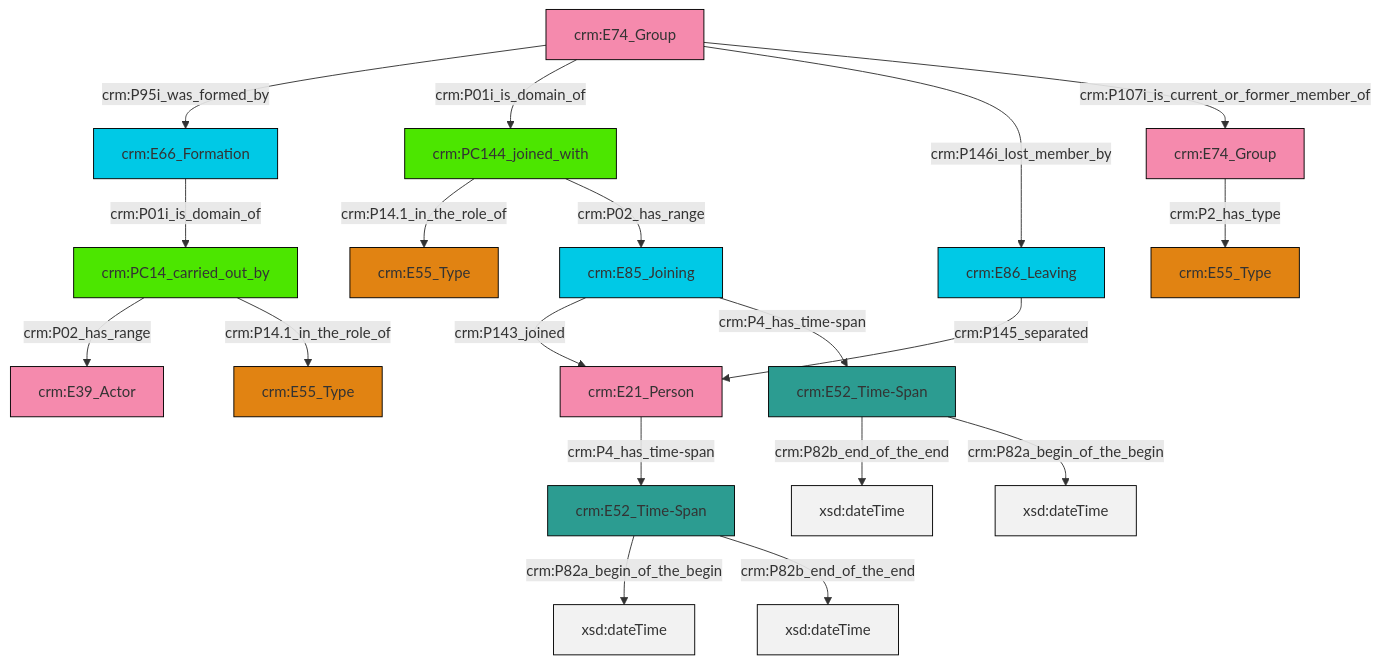
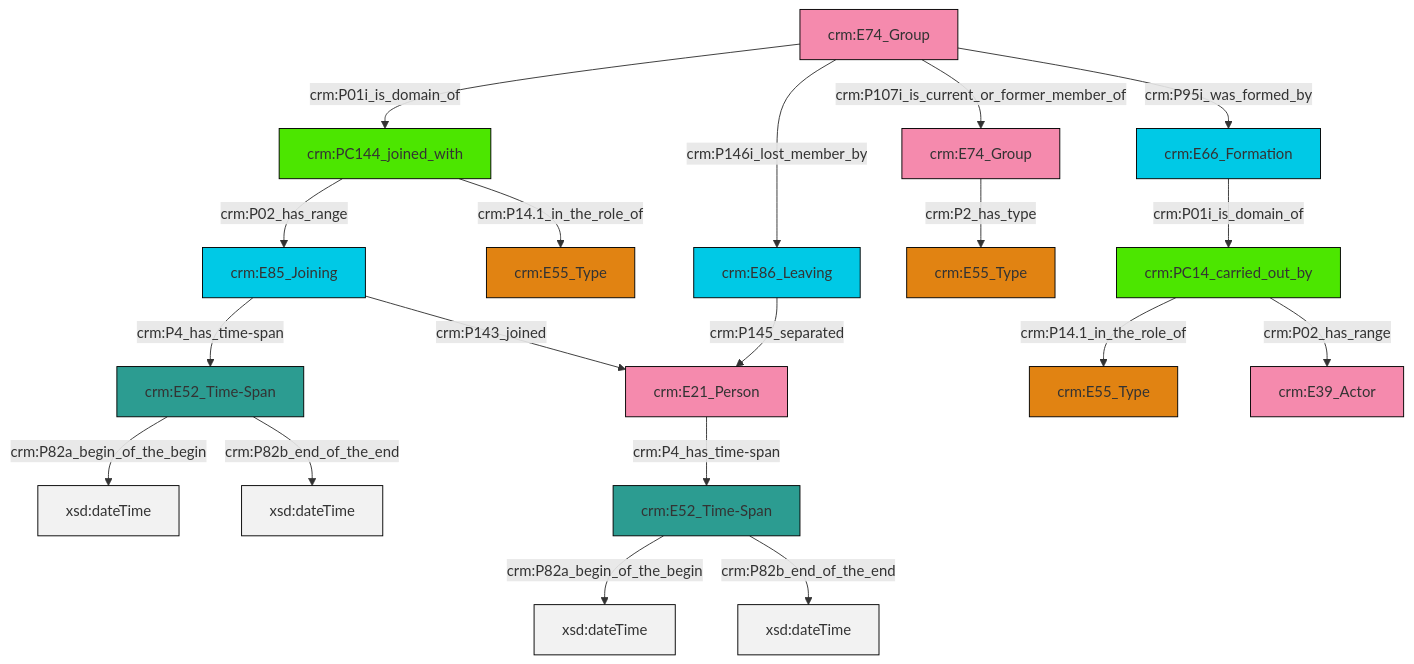
Before and after one commit to swiss-art-research-net/docs.swissartresearch: the diagram in et/groupCSV/ttl/mmd/group_actor_relations.ttl.mmd, drawn with Mermaid. The commit also changed 210 other files, not shown here.

```diff
--- a/et/groupCSV/ttl/mmd/group_actor_relations.ttl.mmd
+++ b/et/groupCSV/ttl/mmd/group_actor_relations.ttl.mmd
@@ -1,33 +1,33 @@
 graph TD
 classDef Literal fill:#f2f2f2,stroke:#000000;
 classDef CRM_Entity fill:#FFFFFF,stroke:#000000;
 classDef Temporal_Entity fill:#00C9E6, stroke:#000000;
 classDef Type fill:#E18312, stroke:#000000;
 classDef Time-Span fill:#2C9C91, stroke:#000000;
 classDef Appellation fill:#FFEB7F, stroke:#000000;
 classDef Place fill:#008836, stroke:#000000;
 classDef Persistent_Item fill:#B266B2, stroke:#000000;
 classDef Conceptual_Object fill:#FFD700, stroke:#000000;
 classDef Physical_Thing fill:#D2B48C, stroke:#000000;
 classDef Actor fill:#f58aad, stroke:#000000;
 classDef PC_Classes fill:#4ce600, stroke:#000000;
 classDef Multi fill:#cccccc,stroke:#000000;
 
-4["crm:E74_Group"]:::Actor -->|crm:P95i_was_formed_by| 5["crm:E66_Formation"]:::Temporal_Entity
-2["crm:PC14_carried_out_by"]:::PC_Classes -->|crm:P02_has_range| 9["crm:E39_Actor"]:::Actor
-10["crm:E86_Leaving"]:::Temporal_Entity -->|crm:P145_separated| 0["crm:E21_Person"]:::Actor
-4["crm:E74_Group"]:::Actor -->|crm:P01i_is_domain_of| 13["crm:PC144_joined_with"]:::PC_Classes
-14["crm:E74_Group"]:::Actor -->|crm:P2_has_type| 15["crm:E55_Type"]:::Type
-13["crm:PC144_joined_with"]:::PC_Classes -->|crm:P14.1_in_the_role_of| 16["crm:E55_Type"]:::Type
-2["crm:PC14_carried_out_by"]:::PC_Classes -->|crm:P14.1_in_the_role_of| 20["crm:E55_Type"]:::Type
-6["crm:E85_Joining"]:::Temporal_Entity -->|crm:P143_joined| 0["crm:E21_Person"]:::Actor
-21["crm:E52_Time-Span"]:::Time-Span -->|crm:P82b_end_of_the_end| 22[xsd:dateTime]:::Literal
-0["crm:E21_Person"]:::Actor -->|crm:P4_has_time-span| 23["crm:E52_Time-Span"]:::Time-Span
-23["crm:E52_Time-Span"]:::Time-Span -->|crm:P82a_begin_of_the_begin| 26[xsd:dateTime]:::Literal
-4["crm:E74_Group"]:::Actor -->|crm:P146i_lost_member_by| 10["crm:E86_Leaving"]:::Temporal_Entity
-21["crm:E52_Time-Span"]:::Time-Span -->|crm:P82a_begin_of_the_begin| 27[xsd:dateTime]:::Literal
-5["crm:E66_Formation"]:::Temporal_Entity -->|crm:P01i_is_domain_of| 2["crm:PC14_carried_out_by"]:::PC_Classes
-6["crm:E85_Joining"]:::Temporal_Entity -->|crm:P4_has_time-span| 21["crm:E52_Time-Span"]:::Time-Span
-4["crm:E74_Group"]:::Actor -->|crm:P107i_is_current_or_former_member_of| 14["crm:E74_Group"]:::Actor
-13["crm:PC144_joined_with"]:::PC_Classes -->|crm:P02_has_range| 6["crm:E85_Joining"]:::Temporal_Entity
-23["crm:E52_Time-Span"]:::Time-Span -->|crm:P82b_end_of_the_end| 33[xsd:dateTime]:::Literal
+0["crm:E52_Time-Span"]:::Time-Span -->|crm:P82a_begin_of_the_begin| 1[xsd:dateTime]:::Literal
+4["crm:E21_Person"]:::Actor -->|crm:P4_has_time-span| 0["crm:E52_Time-Span"]:::Time-Span
+11["crm:E52_Time-Span"]:::Time-Span -->|crm:P82a_begin_of_the_begin| 12[xsd:dateTime]:::Literal
+5["crm:PC14_carried_out_by"]:::PC_Classes -->|crm:P14.1_in_the_role_of| 7["crm:E55_Type"]:::Type
+16["crm:E74_Group"]:::Actor -->|crm:P2_has_type| 17["crm:E55_Type"]:::Type
+18["crm:E85_Joining"]:::Temporal_Entity -->|crm:P4_has_time-span| 11["crm:E52_Time-Span"]:::Time-Span
+14["crm:PC144_joined_with"]:::PC_Classes -->|crm:P02_has_range| 18["crm:E85_Joining"]:::Temporal_Entity
+20["crm:E74_Group"]:::Actor -->|crm:P01i_is_domain_of| 14["crm:PC144_joined_with"]:::PC_Classes
+20["crm:E74_Group"]:::Actor -->|crm:P146i_lost_member_by| 22["crm:E86_Leaving"]:::Temporal_Entity
+27["crm:E66_Formation"]:::Temporal_Entity -->|crm:P01i_is_domain_of| 5["crm:PC14_carried_out_by"]:::PC_Classes
+5["crm:PC14_carried_out_by"]:::PC_Classes -->|crm:P02_has_range| 2["crm:E39_Actor"]:::Actor
+22["crm:E86_Leaving"]:::Temporal_Entity -->|crm:P145_separated| 4["crm:E21_Person"]:::Actor
+14["crm:PC144_joined_with"]:::PC_Classes -->|crm:P14.1_in_the_role_of| 9["crm:E55_Type"]:::Type
+0["crm:E52_Time-Span"]:::Time-Span -->|crm:P82b_end_of_the_end| 32[xsd:dateTime]:::Literal
+11["crm:E52_Time-Span"]:::Time-Span -->|crm:P82b_end_of_the_end| 34[xsd:dateTime]:::Literal
+18["crm:E85_Joining"]:::Temporal_Entity -->|crm:P143_joined| 4["crm:E21_Person"]:::Actor
+20["crm:E74_Group"]:::Actor -->|crm:P107i_is_current_or_former_member_of| 16["crm:E74_Group"]:::Actor
+20["crm:E74_Group"]:::Actor -->|crm:P95i_was_formed_by| 27["crm:E66_Formation"]:::Temporal_Entity
```
